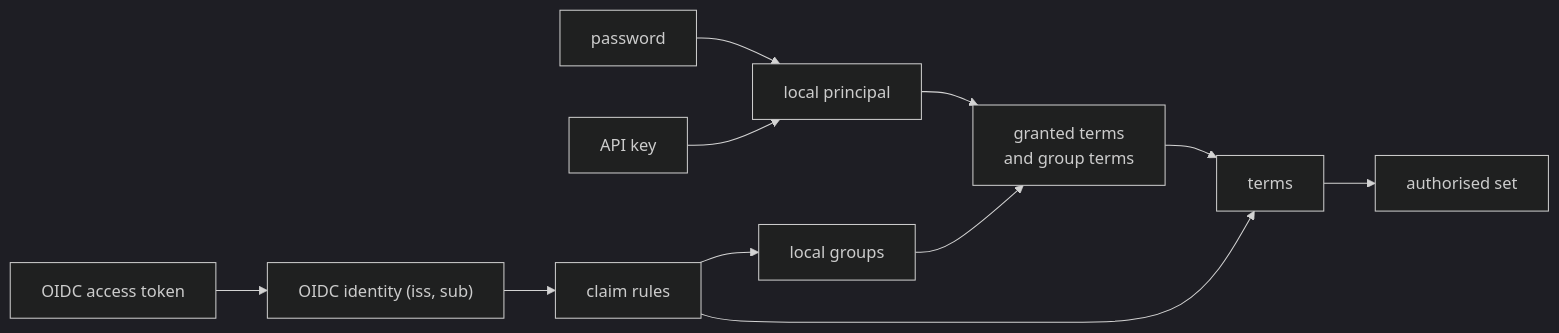
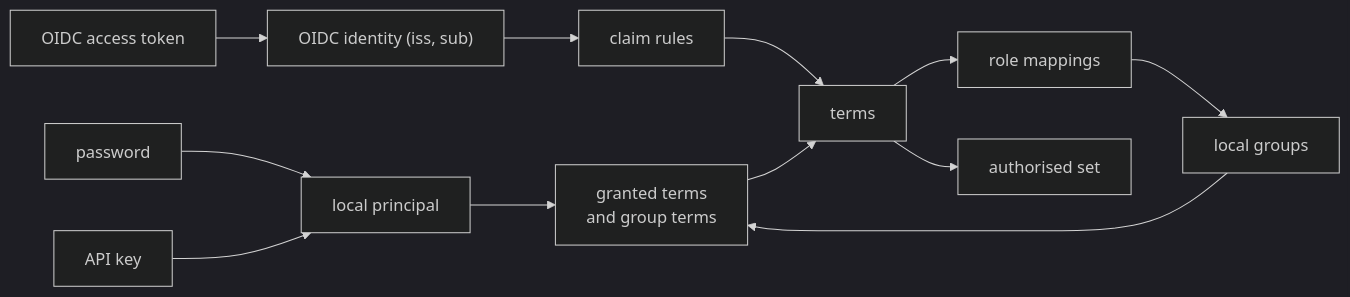
The first of 2 diagrams in docs/users-and-access.md (jennis0/tesseradb), drawn with Mermaid (dark theme) before and after one commit. The commit also changed other lines of this file, not shown here.

First line of the commit message:
Design note: claim rules produce terms only, role mappings from exact terms to local groups, OIDC tokens on the control listener

````diff
--- a/docs/users-and-access.md
+++ b/docs/users-and-access.md
@@ -145,12 +141,12 @@
 ```mermaid
 flowchart LR
   P[password] --> L[local principal]
   K[API key] --> L
   O[OIDC access token] --> I["OIDC identity (iss, sub)"]
   L --> G[granted terms<br/>and group terms]
   I --> R[claim rules]
   R --> T[terms]
-  R --> LG[local groups] --> G
+  T --> M[role mappings] --> LG[local groups] --> G
   G --> T
   T --> A[authorised set]
 ```
````
